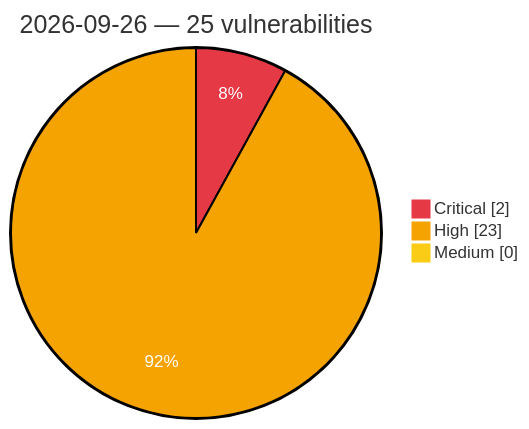
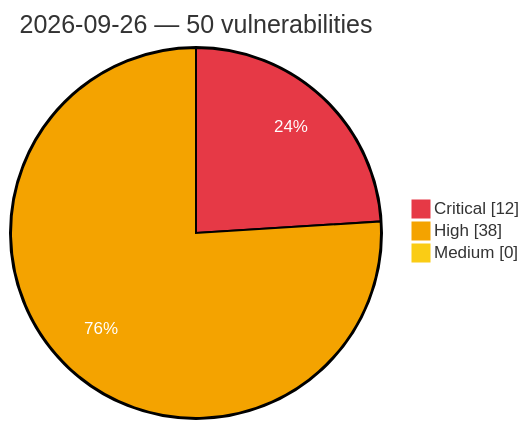
The diagram in vulnerabilities/2026/September/2026-09-26.md (GhostX0X/vuln-tracker), drawn with Mermaid before and after one commit. The commit also changed other lines of this file and 5 other files, not shown here.

Commit message:
Auto update: critical/high vulns (2026-09-26 15:46 UTC)

````diff
--- a/vulnerabilities/2026/September/2026-09-26.md
+++ b/vulnerabilities/2026/September/2026-09-26.md
@@ -3,8 +3,8 @@
 ```mermaid
 %%{init: {'theme':'base', 'themeVariables': {'pie1':'#e63946', 'pie2':'#f4a300', 'pie3':'#facc15', 'pieOpacity':'1', 'pieOuterStrokeWidth':'2px', 'pieSectionTextColor':'#ffffff'}}}%%
 pie showData
-    title 2026-09-26 — 25 vulnerabilities
-    "Critical" : 2
-    "High" : 23
+    title 2026-09-26 — 50 vulnerabilities
+    "Critical" : 12
+    "High" : 38
     "Medium" : 0
 ```
````
